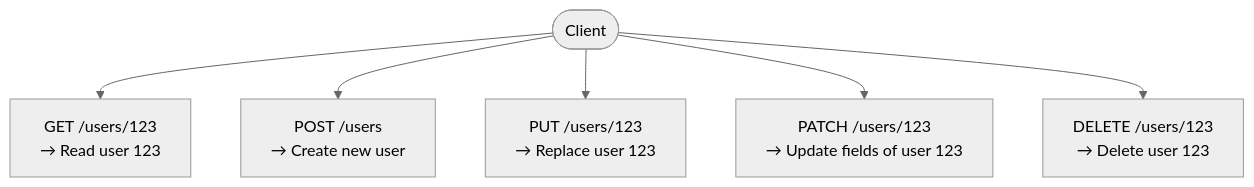
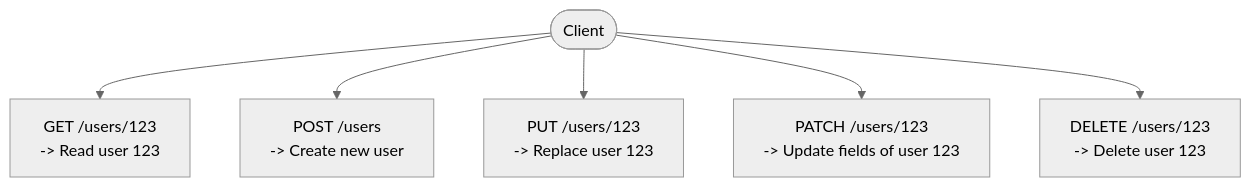
One commit to ranjeetnegi/System-Design-for-Staff-SWE changed the second of 17 diagrams in Section0/Chapter_2_APIs_Frontend_Backend_DB.md. Above: the diagram before and after it, drawn with Mermaid (neutral theme). The commit also changed other lines of this file and 11 other files, not shown here.

````diff
--- a/Section0/Chapter_2_APIs_Frontend_Backend_DB.md
+++ b/Section0/Chapter_2_APIs_Frontend_Backend_DB.md
@@ -137,8 +137,8 @@
 ```mermaid
 flowchart TD
-    Client([Client]) --> G["GET /users/123\n→ Read user 123"]
-    Client --> P["POST /users\n→ Create new user"]
-    Client --> Pu["PUT /users/123\n→ Replace user 123"]
-    Client --> Pa["PATCH /users/123\n→ Update fields of user 123"]
-    Client --> D["DELETE /users/123\n→ Delete user 123"]
+    Client([Client]) --> G["GET /users/123\n-> Read user 123"]
+    Client --> P["POST /users\n-> Create new user"]
+    Client --> Pu["PUT /users/123\n-> Replace user 123"]
+    Client --> Pa["PATCH /users/123\n-> Update fields of user 123"]
+    Client --> D["DELETE /users/123\n-> Delete user 123"]
 ```
````
